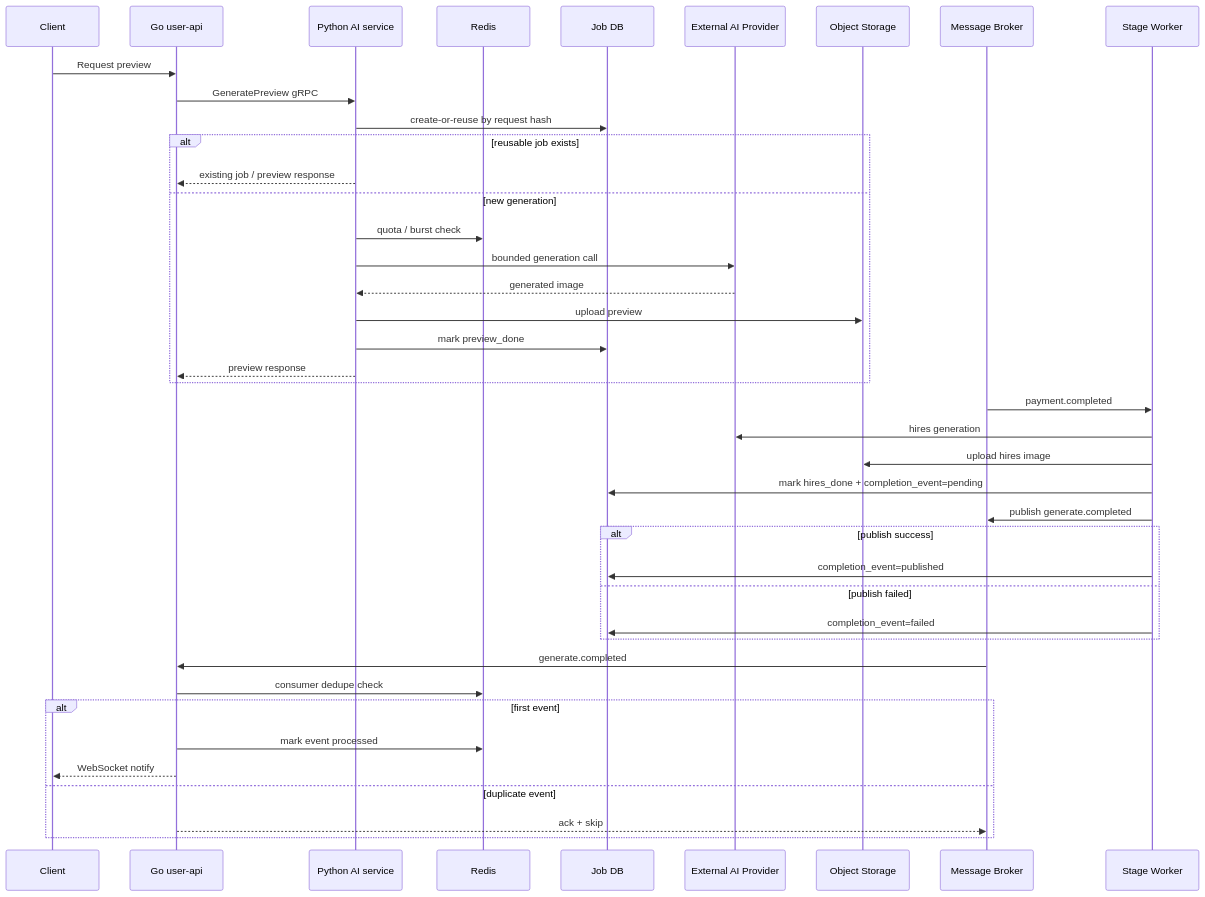
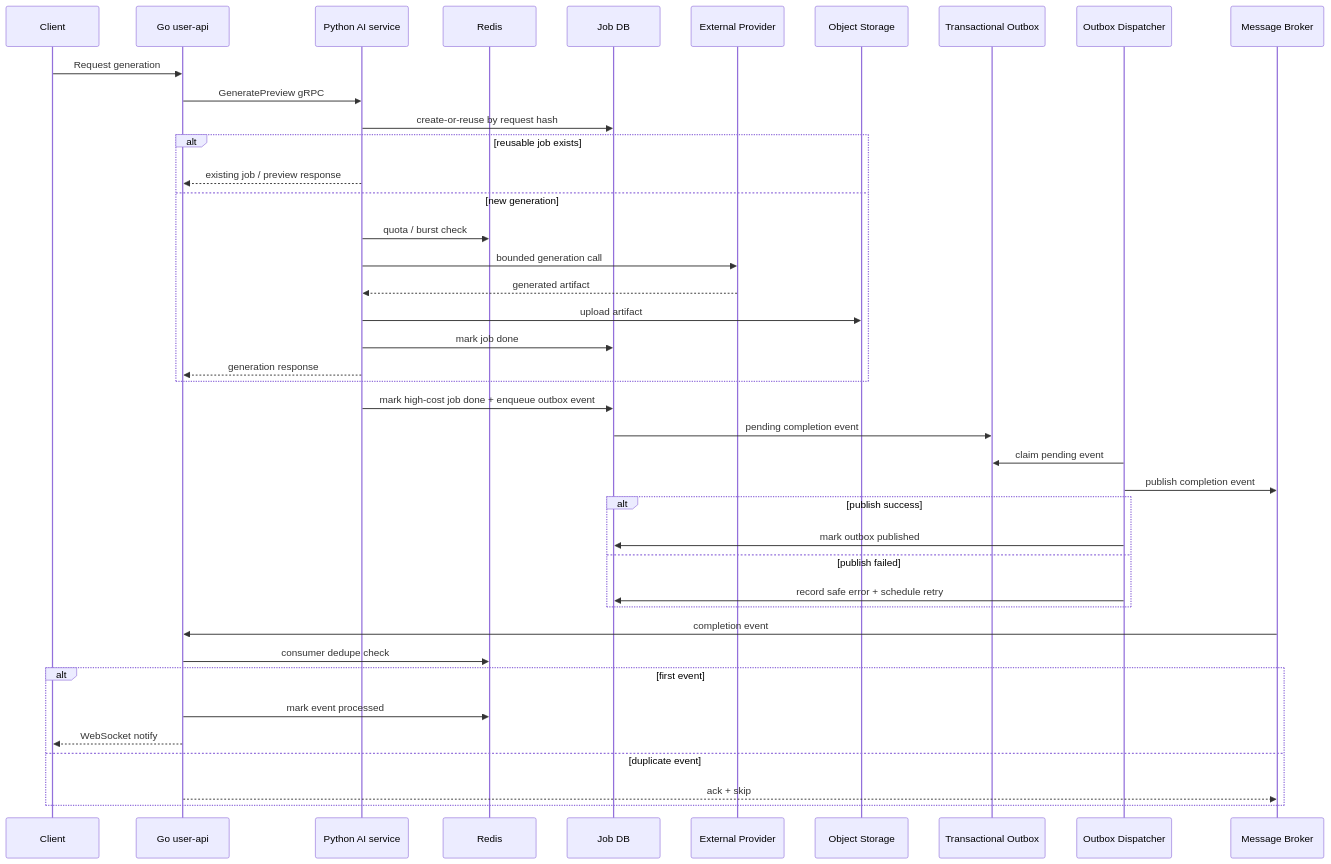
Before and after one commit to bang9ming9/bang9ming9: the diagram in projects/external-ai-model-call-backend-stabilization.md, drawn with Mermaid. The commit also changed other lines of this file and 1 other file, not shown here.

Commit message:
docs: strengthen external provider reliability case study

````diff
--- a/projects/external-ai-model-call-backend-stabilization.md
+++ b/projects/external-ai-model-call-backend-stabilization.md
@@ -64,49 +81,49 @@
 ```mermaid
 sequenceDiagram
     participant C as Client
     participant U as Go user-api
     participant A as Python AI service
     participant R as Redis
     participant D as Job DB
-    participant P as External AI Provider
+    participant P as External Provider
     participant S as Object Storage
+    participant O as Transactional Outbox
+    participant X as Outbox Dispatcher
     participant B as Message Broker
-    participant W as Stage Worker
 
-    C->>U: Request preview
+    C->>U: Request generation
     U->>A: GeneratePreview gRPC
     A->>D: create-or-reuse by request hash
 
     alt reusable job exists
         A-->>U: existing job / preview response
     else new generation
         A->>R: quota / burst check
         A->>P: bounded generation call
-        P-->>A: generated image
-        A->>S: upload preview
-        A->>D: mark preview_done
-        A-->>U: preview response
+        P-->>A: generated artifact
+        A->>S: upload artifact
+        A->>D: mark job done
+        A-->>U: generation response
     end
 
-    B->>W: payment.completed
-    W->>P: hires generation
-    W->>S: upload hires image
-    W->>D: mark hires_done + completion_event=pending
-    W->>B: publish generate.completed
+    A->>D: mark high-cost job done + enqueue outbox event
+    D->>O: pending completion event
+    X->>O: claim pending event
+    X->>B: publish completion event
 
     alt publish success
-        W->>D: completion_event=published
+        X->>D: mark outbox published
     else publish failed
-        W->>D: completion_event=failed
+        X->>D: record safe error + schedule retry
     end
 
-    B->>U: generate.completed
+    B->>U: completion event
     U->>R: consumer dedupe check
 
     alt first event
         U->>R: mark event processed
         U-->>C: WebSocket notify
     else duplicate event
         U-->>B: ack + skip
     end
 ```
````
